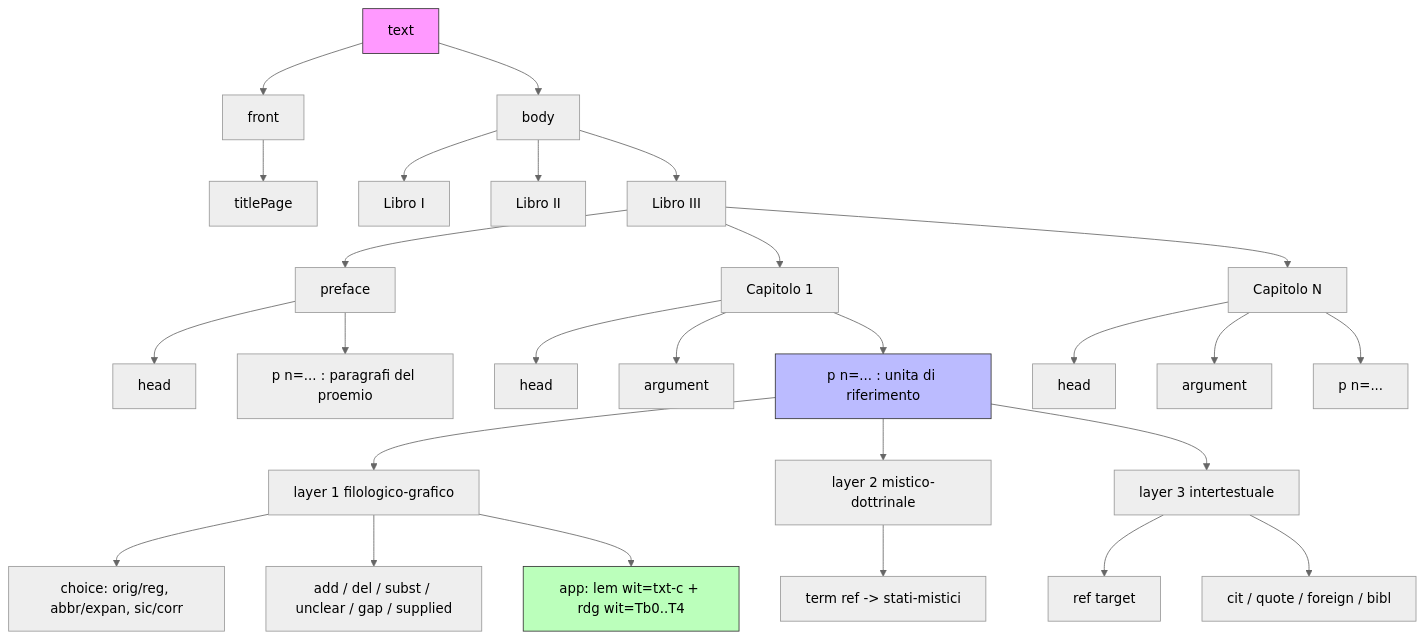
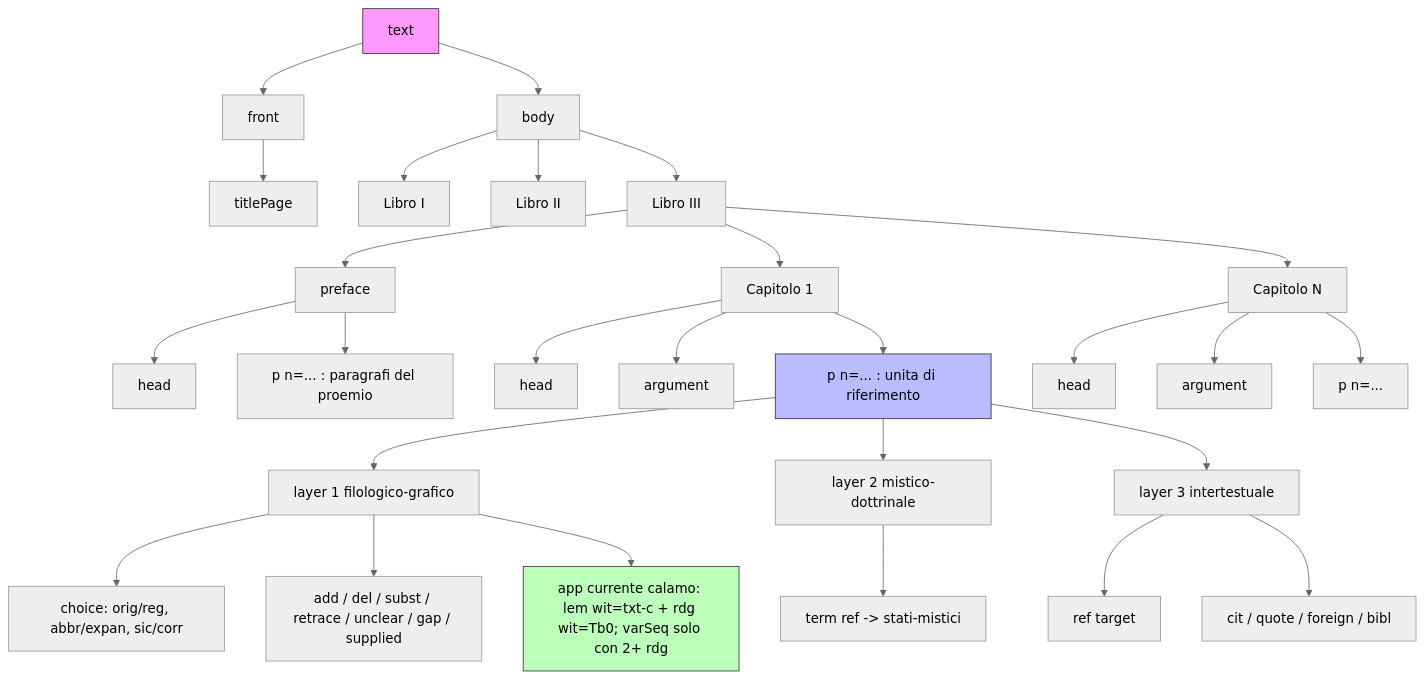
One commit to luciano-longo77/castello-dell-anima-edizione changed the diagram in tei-model/text/model-text-diagramma.md. Above: the diagram before and after it, drawn with Mermaid (neutral theme). The commit also changed 7 other files, not shown here.

First line of the commit message:
Doc e modelli generici: apparato "currente calamo", elemento <retrace>, facs-free

````diff
--- a/tei-model/text/model-text-diagramma.md
+++ b/tei-model/text/model-text-diagramma.md
@@ -1,43 +1,43 @@
 ```mermaid
 graph TD
   text[text] --> front[front]
   text --> body[body]
 
   front --> titlePage[titlePage]
   %% listWit / listPerson / listBibl NON stanno nel front: sono dichiarati nel teiHeader
 
   body --> libro1[Libro I]
   body --> libro2[Libro II]
   body --> libro3[Libro III]
 
   libro3 --> preface[preface]
   libro3 --> cap1[Capitolo 1]
   libro3 --> capN[Capitolo N]
 
   preface --> headPref[head]
   preface --> pPref[p n=... : paragrafi del proemio]
 
   cap1 --> head1[head]
   cap1 --> argument1[argument]
   cap1 --> paragraphs1[p n=... : unita di riferimento]
 
   capN --> headN[head]
   capN --> argumentN[argument]
   capN --> paragraphsN[p n=...]
 
   %% Dentro <p>: i tre layer, nessun seg/@ana interpretativo
   paragraphs1 --> L1[layer 1 filologico-grafico]
   paragraphs1 --> L2[layer 2 mistico-dottrinale]
   paragraphs1 --> L3[layer 3 intertestuale]
 
   L1 --> choice[choice: orig/reg, abbr/expan, sic/corr]
-  L1 --> genetic[add / del / subst / unclear / gap / supplied]
-  L1 --> app[app: lem wit=txt-c + rdg wit=Tb0..T4]
+  L1 --> genetic[add / del / subst / retrace / unclear / gap / supplied]
+  L1 --> app[app currente calamo: lem wit=txt-c + rdg wit=Tb0; varSeq solo con 2+ rdg]
   L2 --> term[term ref -> stati-mistici]
   L3 --> ref[ref target]
   L3 --> cit[cit / quote / foreign / bibl]
 
   style text fill:#f9f,stroke:#333
   style paragraphs1 fill:#bbf,stroke:#333
   style app fill:#bfb,stroke:#333
 ```
````
